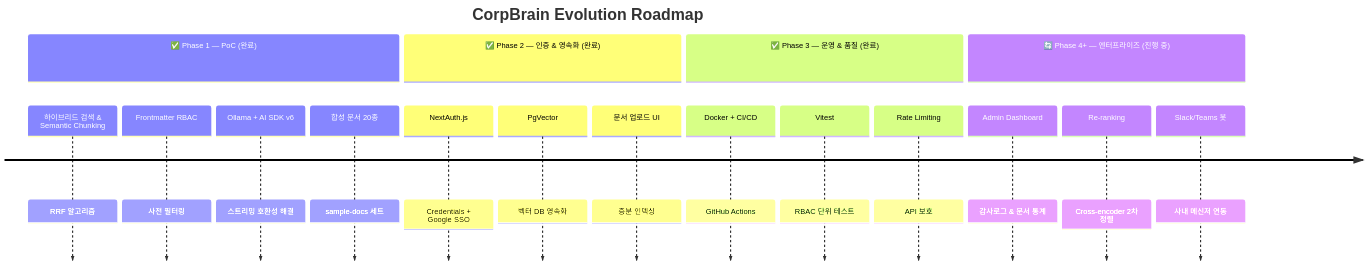
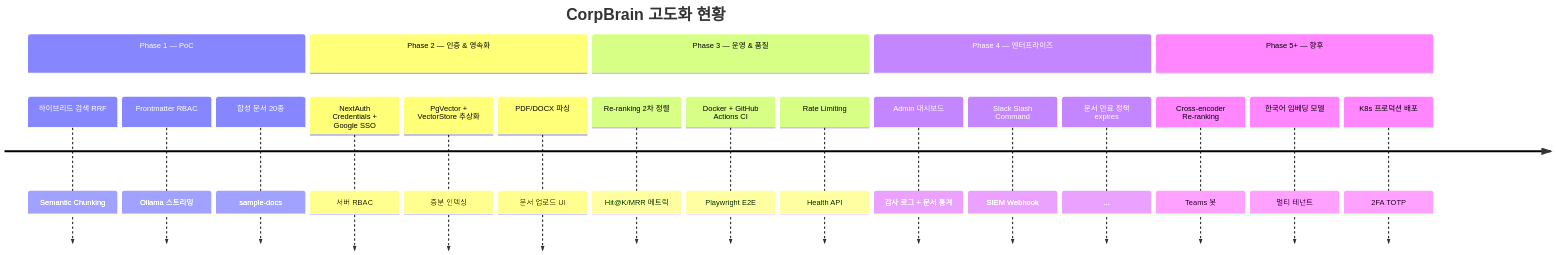
Diagram 11 of 11 in README.md (dayainow/corp-brain), drawn with Mermaid before and after one commit. The commit also changed other lines of this file, not shown here.

First line of the commit message:
docs: README 전면 업데이트 — 최신 기능 및 아키텍처 다이어그램 반영

````diff
--- a/README.md
+++ b/README.md
@@ -312,21 +459,24 @@
 ```mermaid
 timeline
-    title CorpBrain Evolution Roadmap
-    section ✅ Phase 1 — PoC (완료)
-        하이브리드 검색 & Semantic Chunking : RRF 알고리즘
-        Frontmatter RBAC : 사전 필터링
-        Ollama + AI SDK v6 : 스트리밍 호환성 해결
-        합성 문서 20종 : sample-docs 세트
-    section ✅ Phase 2 — 인증 & 영속화 (완료)
-        NextAuth.js : Credentials + Google SSO
-        PgVector : 벡터 DB 영속화
-        문서 업로드 UI : 증분 인덱싱
-    section ✅ Phase 3 — 운영 & 품질 (완료)
-        Docker + CI/CD : GitHub Actions
-        Vitest : RBAC 단위 테스트
-        Rate Limiting : API 보호
-    section 🔄 Phase 4+ — 엔터프라이즈 (진행 중)
-        Admin Dashboard : 감사로그 & 문서 통계
-        Re-ranking : Cross-encoder 2차 정렬
-        Slack/Teams 봇 : 사내 메신저 연동
+    title CorpBrain 고도화 현황
+    section Phase 1 — PoC
+        하이브리드 검색 RRF : Semantic Chunking
+        Frontmatter RBAC : Ollama 스트리밍
+        합성 문서 20종 : sample-docs
+    section Phase 2 — 인증 & 영속화
+        NextAuth Credentials + Google SSO : 서버 RBAC
+        PgVector + VectorStore 추상화 : 증분 인덱싱
+        PDF/DOCX 파싱 : 문서 업로드 UI
+    section Phase 3 — 운영 & 품질
+        Re-ranking 2차 정렬 : Hit@K/MRR 메트릭
+        Docker + GitHub Actions CI : Playwright E2E
+        Rate Limiting : Health API
+    section Phase 4 — 엔터프라이즈
+        Admin 대시보드 : 감사 로그 + 문서 통계
+        Slack Slash Command : SIEM Webhook
+        문서 만료 정책 expires : ...
+    section Phase 5+ — 향후
+        Cross-encoder Re-ranking : Teams 봇
+        한국어 임베딩 모델 : 멀티 테넌트
+        K8s 프로덕션 배포 : 2FA TOTP
 ```
````
